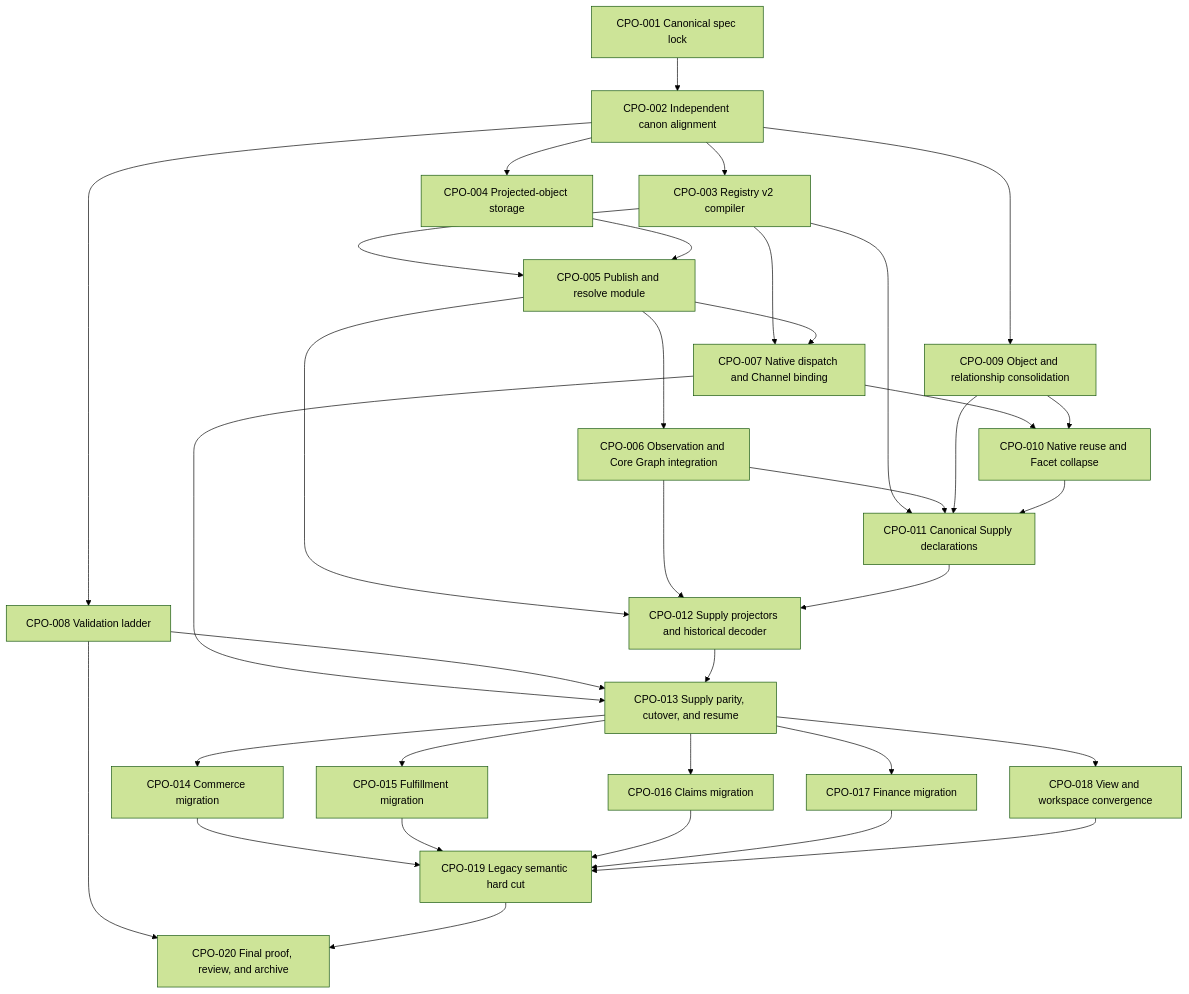
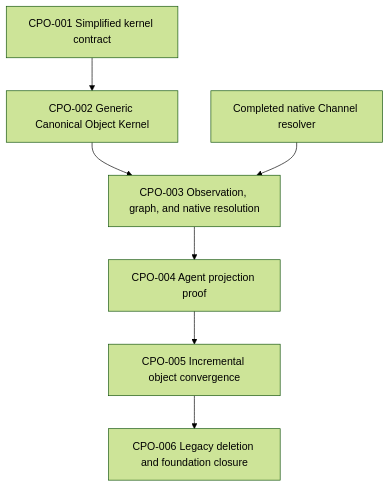
Before and after one commit to Napageneral/nexus-monorepo: the diagram in docs/workplans/canonical-projected-object-migration-board/README.md, drawn with Mermaid (forest theme). The commit also changed other lines of this file and 29 other files, not shown here.

Commit message:
docs: simplify canonical object foundation

````diff
--- a/docs/workplans/canonical-projected-object-migration-board/README.md
+++ b/docs/workplans/canonical-projected-object-migration-board/README.md
@@ -72,47 +94,9 @@
 ```mermaid
 flowchart TD
-    CPO001[CPO-001 Canonical spec lock] --> CPO002[CPO-002 Independent canon alignment]
-
-    CPO002 --> CPO003[CPO-003 Registry v2 compiler]
-    CPO002 --> CPO004[CPO-004 Projected-object storage]
-    CPO002 --> CPO008[CPO-008 Validation ladder]
-    CPO002 --> CPO009[CPO-009 Object and relationship consolidation]
-
-    CPO003 --> CPO005[CPO-005 Publish and resolve module]
-    CPO004 --> CPO005
-
-    CPO005 --> CPO006[CPO-006 Observation and Core Graph integration]
-    CPO003 --> CPO007[CPO-007 Native dispatch and Channel binding]
-    CPO005 --> CPO007
-
-    CPO007 --> CPO010[CPO-010 Native reuse and Facet collapse]
-    CPO009 --> CPO010
-
-    CPO003 --> CPO011[CPO-011 Canonical Supply declarations]
-    CPO006 --> CPO011
-    CPO009 --> CPO011
-    CPO010 --> CPO011
-
-    CPO005 --> CPO012[CPO-012 Supply projectors and historical decoder]
-    CPO006 --> CPO012
-    CPO011 --> CPO012
-
-    CPO007 --> CPO013[CPO-013 Supply parity, cutover, and resume]
-    CPO008 --> CPO013
-    CPO012 --> CPO013
-
-    CPO013 --> CPO014[CPO-014 Commerce migration]
-    CPO013 --> CPO015[CPO-015 Fulfillment migration]
-    CPO013 --> CPO016[CPO-016 Claims migration]
-    CPO013 --> CPO017[CPO-017 Finance migration]
-    CPO013 --> CPO018[CPO-018 View and workspace convergence]
-
-    CPO014 --> CPO019[CPO-019 Legacy semantic hard cut]
-    CPO015 --> CPO019
-    CPO016 --> CPO019
-    CPO017 --> CPO019
-    CPO018 --> CPO019
-
-    CPO008 --> CPO020[CPO-020 Final proof, review, and archive]
-    CPO019 --> CPO020
+    CPO001[CPO-001 Simplified kernel contract] --> CPO002[CPO-002 Generic Canonical Object Kernel]
+    CPO002 --> CPO003[CPO-003 Observation, graph, and native resolution]
+    Channel[Completed native Channel resolver] --> CPO003
+    CPO003 --> CPO004[CPO-004 Agent projection proof]
+    CPO004 --> CPO005[CPO-005 Incremental object convergence]
+    CPO005 --> CPO006[CPO-006 Legacy deletion and foundation closure]
 ```
````
